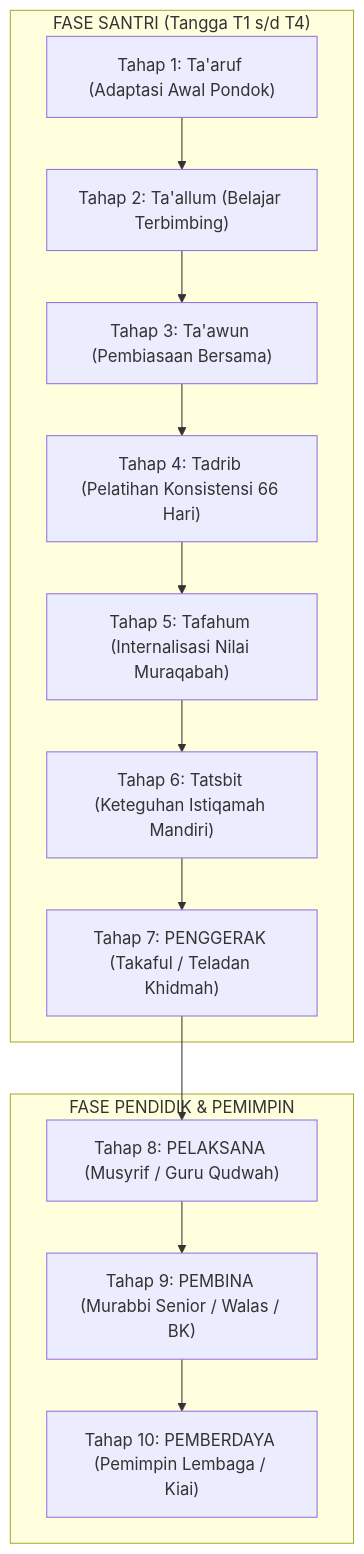
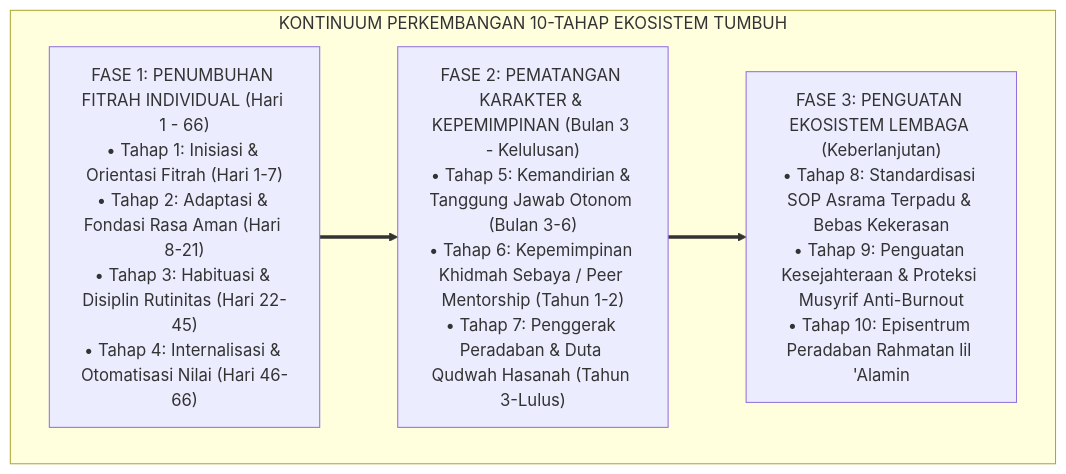
One commit to wandiapriliyandi/tumbuh changed the diagram in BOOK-SERIES/Volume-01/Bab-06-Triad-Pertumbuhan-Simbiotik-dan-Kontinuum-10-Tahap/04-Kontinuum-10-Tahap-Ekosistem-TUMBUH.md. Above: the diagram before and after it, drawn with Mermaid. The commit also changed other lines of this file and 5 other files, not shown here.

Commit message:
docs(bab-06): selesaikan penulisan utuh seluruh Bab 06 Triad Pertumbuhan Simbiotik & Kontinuum 10-Tahap dengan gaya renyah, hidup, dan berorientasi arsitektur Dual-Pillar 24-Jam TUMBUH

````diff
--- a/BOOK-SERIES/Volume-01/Bab-06-Triad-Pertumbuhan-Simbiotik-dan-Kontinuum-10-Tahap/04-Kontinuum-10-Tahap-Ekosistem-TUMBUH.md
+++ b/BOOK-SERIES/Volume-01/Bab-06-Triad-Pertumbuhan-Simbiotik-dan-Kontinuum-10-Tahap/04-Kontinuum-10-Tahap-Ekosistem-TUMBUH.md
@@ -13,20 +18,12 @@
 ```mermaid
 graph TD
-    subgraph SantriStage["FASE SANTRI (Tangga T1 s/d T4)"]
-        S1["Tahap 1: Ta'aruf (Adaptasi Awal Pondok)"]
-        S2["Tahap 2: Ta'allum (Belajar Terbimbing)"]
-        S3["Tahap 3: Ta'awun (Pembiasaan Bersama)"]
-        S4["Tahap 4: Tadrib (Pelatihan Konsistensi 66 Hari)"]
-        S5["Tahap 5: Tafahum (Internalisasi Nilai Muraqabah)"]
-        S6["Tahap 6: Tatsbit (Keteguhan Istiqamah Mandiri)"]
-        S7["Tahap 7: PENGGERAK (Takaful / Teladan Khidmah)"]
-        S1 --> S2 --> S3 --> S4 --> S5 --> S6 --> S7
-    end
-
-    subgraph PendidikStage["FASE PENDIDIK & PEMIMPIN"]
-        P8["Tahap 8: PELAKSANA (Musyrif / Guru Qudwah)"]
-        P9["Tahap 9: PEMBINA (Murabbi Senior / Walas / BK)"]
-        P10["Tahap 10: PEMBERDAYA (Pemimpin Lembaga / Kiai)"]
-        S7 --> P8 --> P9 --> P10
+    subgraph KontinuumTUMBUH["KONTINUUM PERKEMBANGAN 10-TAHAP EKOSISTEM TUMBUH"]
+        T1_4["FASE 1: PENUMBUHAN FITRAH INDIVIDUAL (Hari 1 - 66)<br/>• Tahap 1: Inisiasi & Orientasi Fitrah (Hari 1-7)<br/>• Tahap 2: Adaptasi & Fondasi Rasa Aman (Hari 8-21)<br/>• Tahap 3: Habituasi & Disiplin Rutinitas (Hari 22-45)<br/>• Tahap 4: Internalisasi & Otomatisasi Nilai (Hari 46-66)"]
+        
+        T5_7["FASE 2: PEMATANGAN KARAKTER & KEPEMIMPINAN (Bulan 3 - Kelulusan)<br/>• Tahap 5: Kemandirian & Tanggung Jawab Otonom (Bulan 3-6)<br/>• Tahap 6: Kepemimpinan Khidmah Sebaya / Peer Mentorship (Tahun 1-2)<br/>• Tahap 7: Penggerak Peradaban & Duta Qudwah Hasanah (Tahun 3-Lulus)"]
+        
+        T8_10["FASE 3: PENGUATAN EKOSISTEM LEMBAGA (Keberlanjutan)<br/>• Tahap 8: Standardisasi SOP Asrama Terpadu & Bebas Kekerasan<br/>• Tahap 9: Penguatan Kesejahteraan & Proteksi Musyrif Anti-Burnout<br/>• Tahap 10: Episentrum Peradaban Rahmatan lil 'Alamin"]
+        
+        T1_4 ==> T5_7 ==> T8_10
     end
 ```
````
